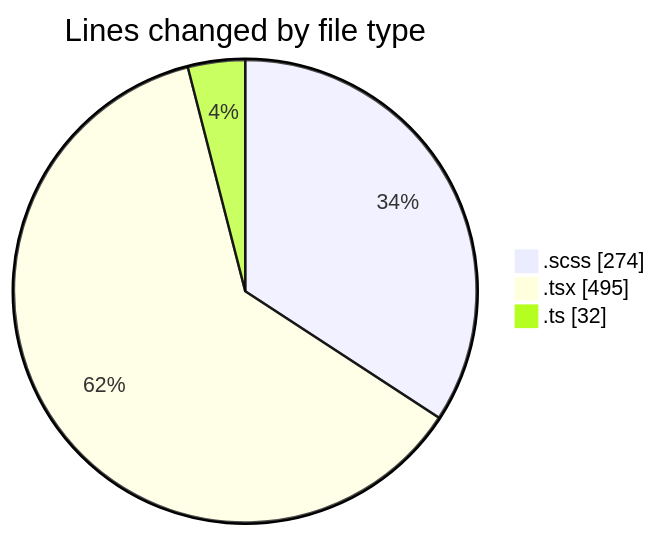
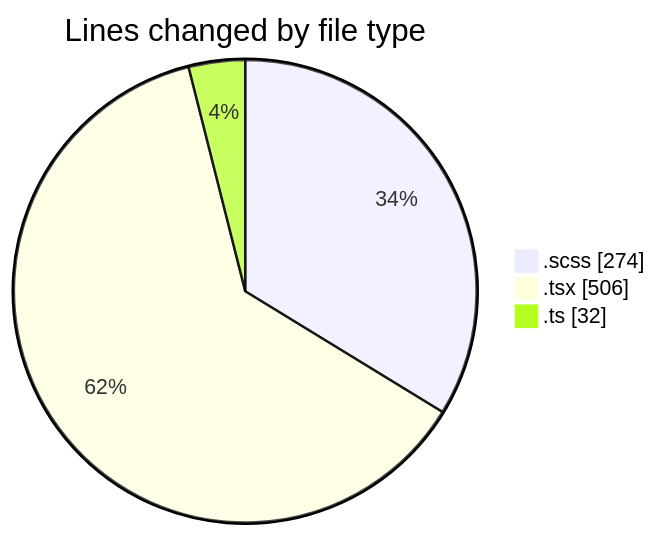
Before and after one commit to momahboobian/code-tracking: the first of 2 diagrams in 2025-03-04/cda/README.md, drawn with Mermaid. The commit also changed other lines of this file and 1 other file, not shown here.

````diff
--- a/2025-03-04/cda/README.md
+++ b/2025-03-04/cda/README.md
@@ -25,7 +25,7 @@
 ```mermaid
 pie showData
 title Lines changed by file type
 ".scss" : 274
-".tsx" : 495
+".tsx" : 506
 ".ts" : 32
 ```
````
